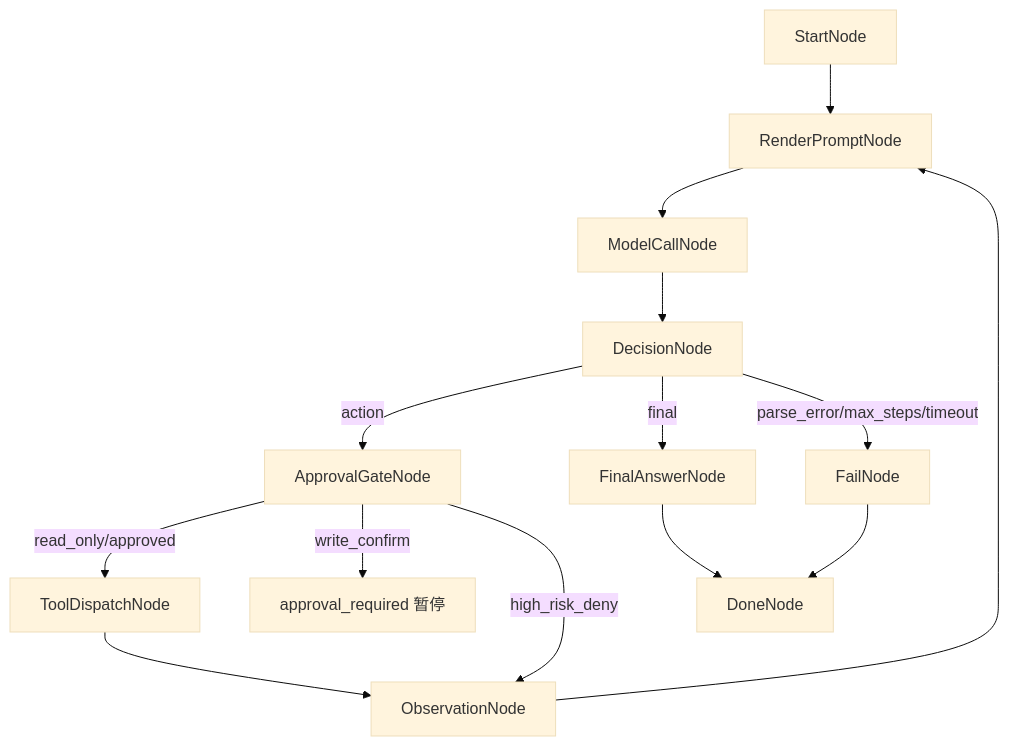
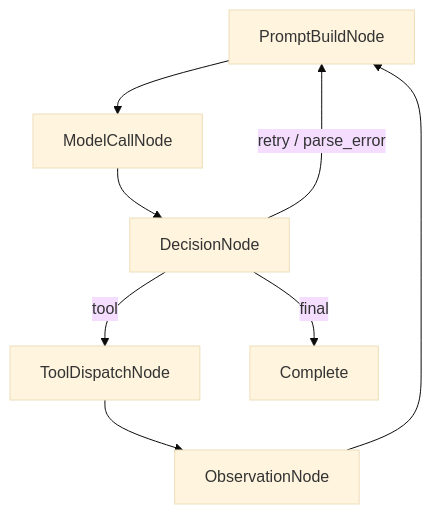
One commit to lunalhx/Loom_Agent changed the diagram in docs/design/agent-loop.md. Above: the diagram before and after it, drawn with Mermaid (base theme). The commit also changed other lines of this file and 244 other files, not shown here.

````diff
--- a/docs/design/agent-loop.md
+++ b/docs/design/agent-loop.md
@@ -9,16 +15,10 @@
 ```mermaid
 flowchart TD
-    A["StartNode"] --> B["RenderPromptNode"]
-    B --> C["ModelCallNode"]
-    C --> D["DecisionNode"]
-    D -->|action| E["ApprovalGateNode"]
-    E -->|read_only/approved| F["ToolDispatchNode"]
-    E -->|write_confirm| J["approval_required 暂停"]
-    E -->|high_risk_deny| G["ObservationNode"]
-    F --> G
-    G --> B
-    D -->|final| K["FinalAnswerNode"]
-    D -->|parse_error/max_steps/timeout| H["FailNode"]
-    K --> I["DoneNode"]
-    H --> I
+    A["PromptBuildNode"] --> B["ModelCallNode"]
+    B --> C["DecisionNode"]
+    C -->|tool| D["ToolDispatchNode"]
+    D --> E["ObservationNode"]
+    E --> A
+    C -->|final| F["Complete"]
+    C -->|retry / parse_error| A
 ```
````
